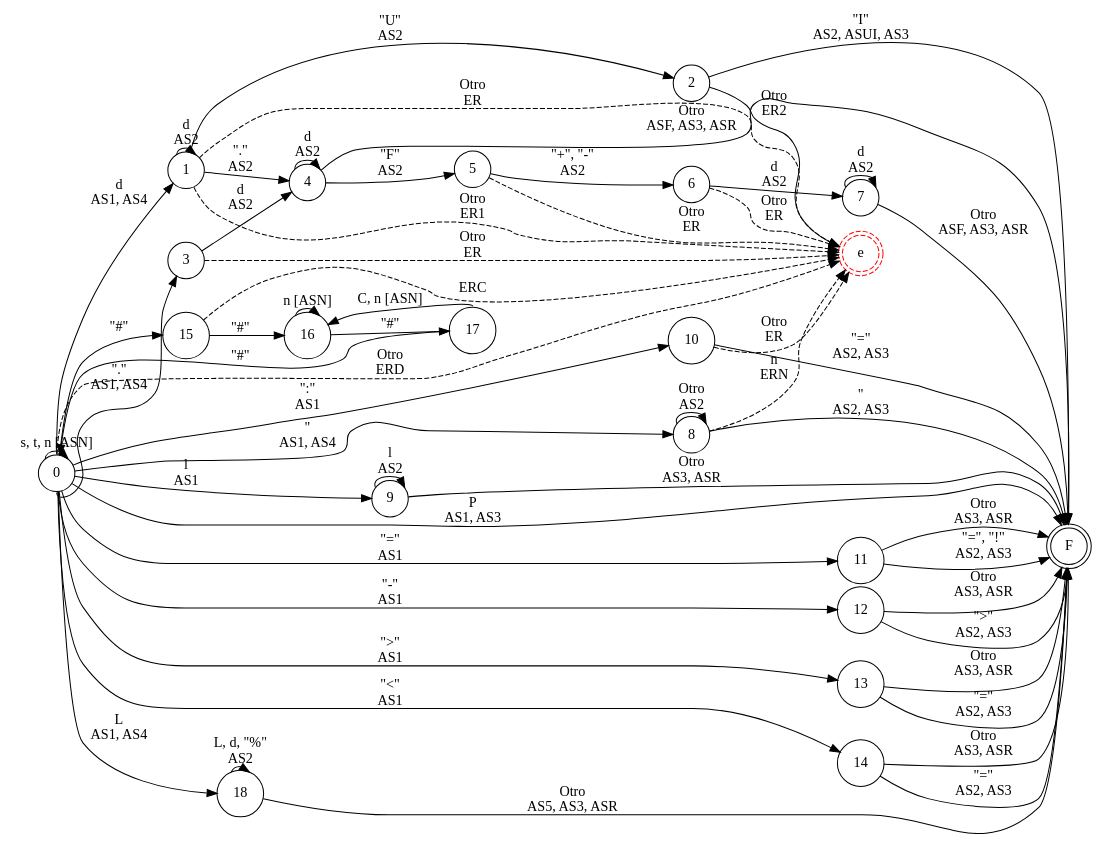
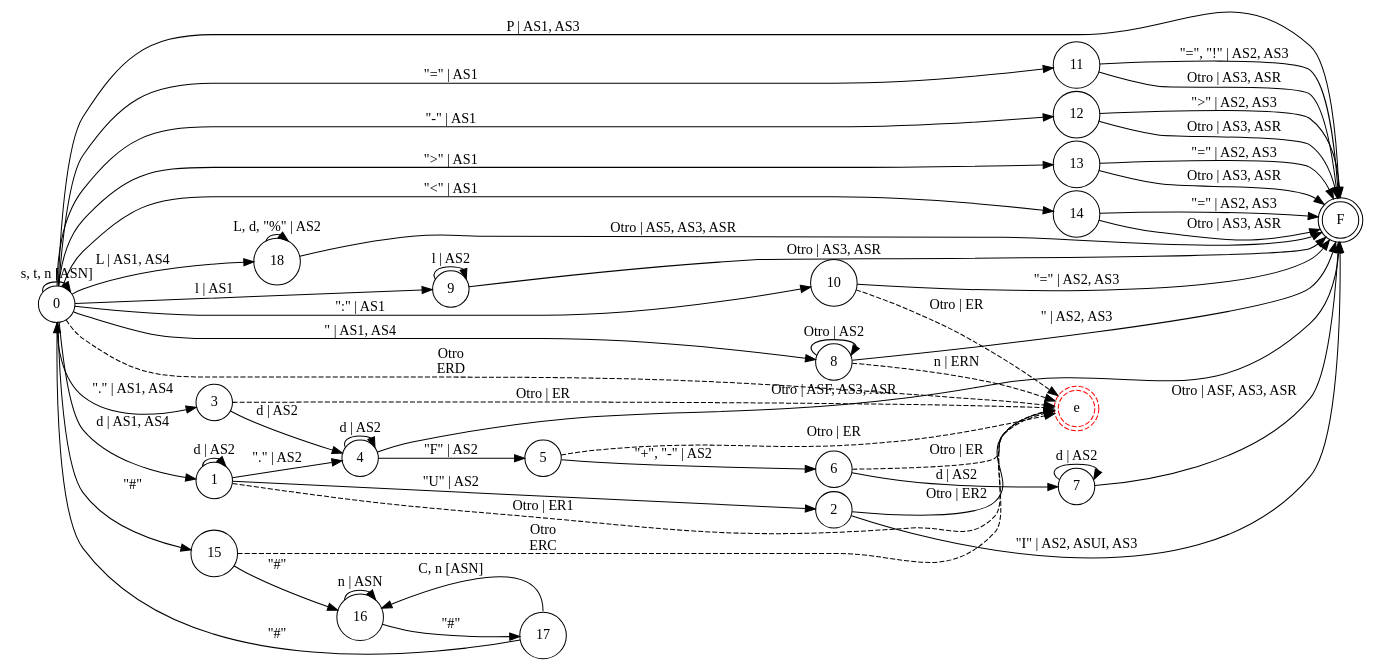
The diagram in resources/diagrams/FAErrors.dot (iroumec/RouVel-Compiler), drawn with Graphviz before and after one commit. The commit also changed 4 other files, not shown here.

Commit message:
Graphs improved

```diff
--- a/resources/diagrams/FAErrors.dot
+++ b/resources/diagrams/FAErrors.dot
@@ -1,70 +1,69 @@
 digraph DFA {
     // Layout.
     rankdir = LR;
     splines = true;
     overlap = false;
     nodesep = 0.05;
     ranksep = 0.1;
     // Estados normales.
     node [shape = circle;];
     // Estado de aceptación.
     F [shape = doublecircle;];
     // Estado de error.
     e [shape = doublecircle;style = dashed;color = red;];
     
     0 -> 0 [label = "s, t, n [ASN]";];
-    0 -> 10 [label = "\":\" \n AS1";];
-    0 -> 11 [label = "\"=\" \n AS1";];
-    0 -> 12 [label = "\"-\" \n AS1";];
-    0 -> 13 [label = "\">\" \n AS1";];
-    0 -> 14 [label = "\"<\" \n AS1";];
+    0 -> 10 [label = "\":\" | AS1";];
+    0 -> 11 [label = "\"=\" | AS1";];
+    0 -> 12 [label = "\"-\" | AS1";];
+    0 -> 13 [label = "\">\" | AS1";];
+    0 -> 14 [label = "\"<\" | AS1";];
     0 -> 15 [label = "\"#\"";];
-    0 -> 18 [label = "L \n AS1, AS4";];
-    0 -> 1 [label = "d \n AS1, AS4"; tailport = n;];
-    0 -> 3 [label = "\".\" \n AS1, AS4"; tailport = s;];
-    0 -> 8 [label = "\" \n AS1, AS4";];
-    0 -> 9 [label = "l \n AS1";];
+    0 -> 18 [label = "L | AS1, AS4";];
+    0 -> 1 [label = "d | AS1, AS4";];
+    0 -> 3 [label = "\".\" | AS1, AS4";];
+    0 -> 8 [label = "\" | AS1, AS4";];
+    0 -> 9 [label = "l | AS1";];
     0 -> e [label = "Otro \n ERD"; style = dashed;];
-    0 -> F [label = "P \n AS1, AS3";];
-    1 -> 1 [label = "d \n AS2";];
-    1 -> 2 [label = "\"U\" \n AS2";];
-    1 -> 4 [label = "\".\" \n AS2";];
-    1 -> e [label = "Otro \n ER1"; style = dashed;];
-    1 -> e [label = "Otro \n ER"; style = dashed;];
-    2 -> e [label = "Otro \n ER2";];
-    2 -> F [label = "\"I\" \n AS2, ASUI, AS3";];
-    3 -> 4 [label = "d \n AS2";];
-    3 -> e [label = "Otro \n ER"; style = dashed;];
-    4 -> 4 [label = "d \n AS2";];
-    4 -> 5 [label = "\"F\" \n AS2";];
-    4 -> F [label = "Otro \n ASF, AS3, ASR";];
-    5 -> 6 [label = "\"+\", \"-\" \n AS2";];
-    5 -> e [label = "Otro \n ER"; style = dashed;];
-    6 -> 7 [label = "d \n AS2";];
-    6 -> e [label = "Otro \n ER"; style = dashed;];
-    7 -> 7 [label = "d \n AS2";];
-    7 -> F [label = "Otro \n ASF, AS3, ASR";];
-    8 -> 8 [label = "Otro \n AS2";];
-    8 -> e [label = "n \n ERN"; style = dashed;];
-    8 -> F [label = "\" \n AS2, AS3";];
-    9 -> 9 [label = "l \n AS2";];
-    9 -> F [label = "Otro \n AS3, ASR";];
-    10 -> e [label = "Otro \n ER"; style = dashed;];
-    10 -> F [label = "\"=\" \n AS2, AS3";];
-    11 -> F [label = "\"=\", \"!\" \n AS2, AS3";];
-    11 -> F [label = "Otro \n AS3, ASR";];
-    12 -> F [label = "\">\" \n AS2, AS3";];
-    12 -> F [label = "Otro \n AS3, ASR";];
-    13 -> F [label = "\"=\" \n AS2, AS3";];
-    13 -> F [label = "Otro \n AS3, ASR";];
-    14 -> F [label = "\"=\" \n AS2, AS3";];
-    14 -> F [label = "Otro \n AS3, ASR";];
+    0 -> F [label = "P | AS1, AS3";];
+    1 -> 1 [label = "d | AS2";];
+    1 -> 2 [label = "\"U\" | AS2";];
+    1 -> 4 [label = "\".\" | AS2";];
+    1 -> e [label = "Otro | ER1"; style = dashed;];
+    2 -> e [label = "Otro | ER2";];
+    2 -> F [label = "\"I\" | AS2, ASUI, AS3";];
+    3 -> 4 [label = "d | AS2";];
+    3 -> e [label = "Otro | ER"; style = dashed;];
+    4 -> 4 [label = "d | AS2";];
+    4 -> 5 [label = "\"F\" | AS2";];
+    4 -> F [label = "Otro | ASF, AS3, ASR";];
+    5 -> 6 [label = "\"+\", \"-\" | AS2";];
+    5 -> e [label = "Otro | ER"; style = dashed;];
+    6 -> 7 [label = "d | AS2";];
+    6 -> e [label = "Otro | ER"; style = dashed;];
+    7 -> 7 [label = "d | AS2";];
+    7 -> F [label = "Otro | ASF, AS3, ASR";];
+    8 -> 8 [label = "Otro | AS2";];
+    8 -> e [label = "n | ERN"; style = dashed;];
+    8 -> F [label = "\" | AS2, AS3";];
+    9 -> 9 [label = "l | AS2";];
+    9 -> F [label = "Otro | AS3, ASR";];
+    10 -> e [label = "Otro | ER"; style = dashed;];
+    10 -> F [label = "\"=\" | AS2, AS3";];
+    11 -> F [label = "\"=\", \"!\" | AS2, AS3";];
+    11 -> F [label = "Otro | AS3, ASR";];
+    12 -> F [label = "\">\" | AS2, AS3";];
+    12 -> F [label = "Otro | AS3, ASR";];
+    13 -> F [label = "\"=\" | AS2, AS3";];
+    13 -> F [label = "Otro | AS3, ASR";];
+    14 -> F [label = "\"=\" | AS2, AS3";];
+    14 -> F [label = "Otro | AS3, ASR";];
     15 -> 16 [label = "\"#\"";];
-    15 -> e [label = " \n ERC"; style = dashed;];
-    16 -> 16 [label = "n [ASN]";];
+    15 -> e [label = "Otro \n ERC"; style = dashed;];
+    16 -> 16 [label = "n | ASN";];
     16 -> 17 [label = "\"#\"";];
     17 -> 0 [label = "\"#\"";];
     17 -> 16 [label = "C, n [ASN]"; tailport = n;];
-    18 -> 18 [label = "L, d, \"%\"\nAS2";];
-    18 -> F [label = "Otro \n AS5, AS3, ASR";];
+    18 -> 18 [label = "L, d, \"%\" | AS2";];
+    18 -> F [label = "Otro | AS5, AS3, ASR";];
 }
```
